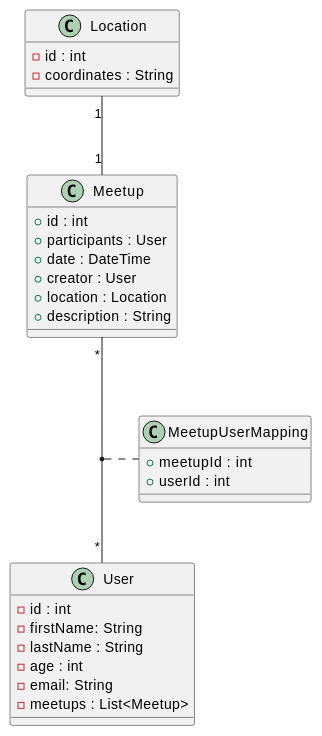
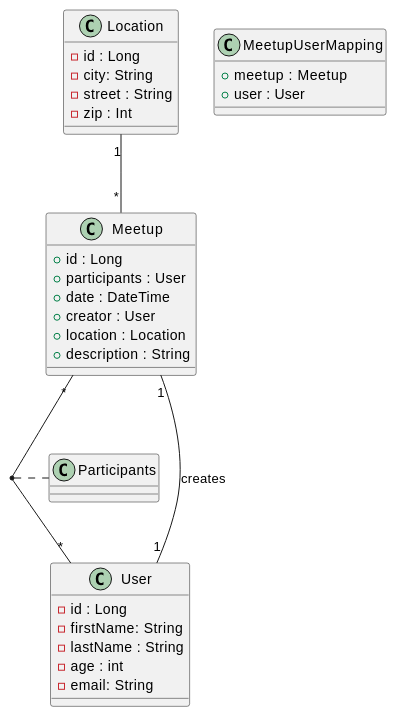
Before and after one commit to 2223-3bhif-syp/02-projekte-mopedmeetup: the diagram in asciidocs/Klassendiagramm.adoc, drawn with PlantUML. The commit also changed other lines of this file and 9 other files, not shown here.

```diff
--- a/asciidocs/Klassendiagramm.adoc
+++ b/asciidocs/Klassendiagramm.adoc
@@ -5,35 +5,37 @@
 [plantuml, target=diagram-classes, format=png]
 ....
 class User {
-    - id : int
+    - id : Long
     - firstName: String
     - lastName : String
     - age : int
     - email: String
-    - meetups : List<Meetup>
 }
 class Meetup {
-    + id : int
+    + id : Long
     + participants : User
     + date : DateTime
     + creator : User
     + location : Location
     + description : String
 }
 
 class Location {
-    - id : int
-    - coordinates : String
+    - id : Long
+    - city: String
+    - street : String
+    - zip : Int
 }
 
 class MeetupUserMapping {
-    + meetupId : int
-    + userId : int
+    + meetup : Meetup
+    + user : User
 }
 
 
 
+Location "1"--"*" Meetup : ""
+Meetup "1"--"1" User : "creates"
 Meetup "*"--"*" User : ""
-Location "1"--"1" Meetup : ""
-(User, Meetup) .. MeetupUserMapping
+(User, Meetup) .. Participants
 ....
```
